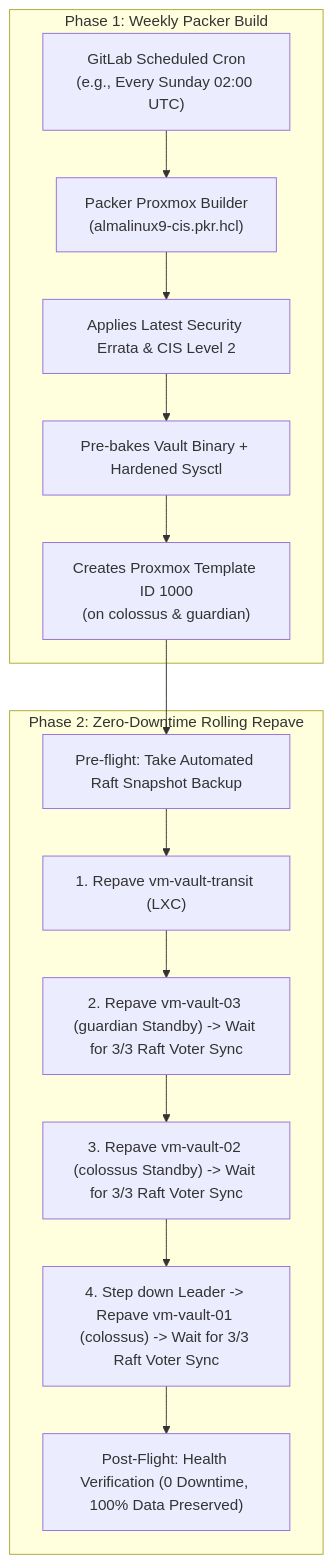
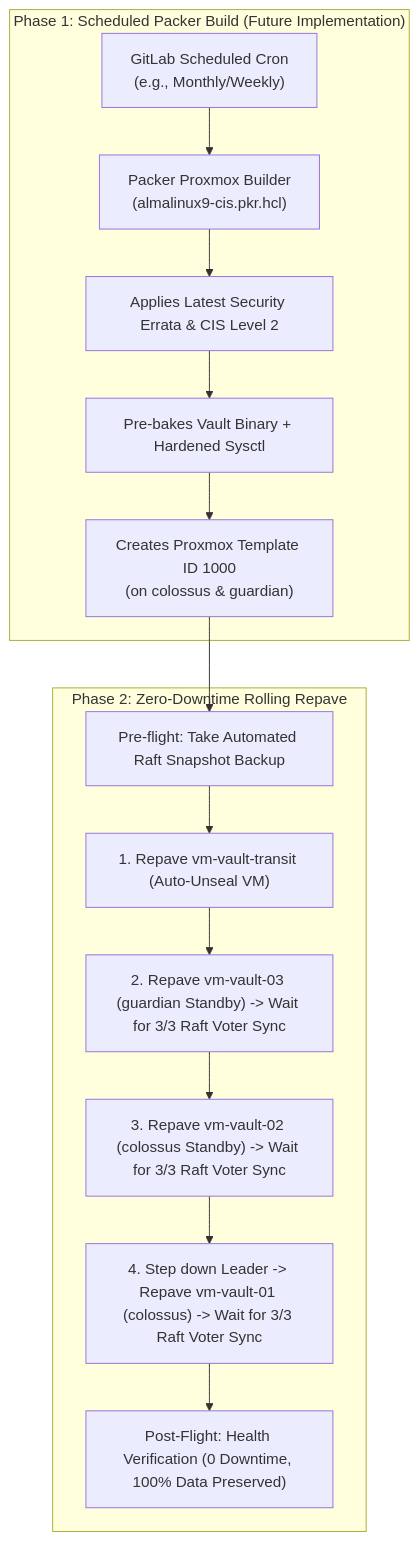
The diagram in docs/packer-repaving.md (antonj-code/vault-bootstrap), drawn with Mermaid before and after one commit. The commit also changed other lines of this file and 5 other files, not shown here.

Commit message:
docs: align all documentation with Transit VM architecture and note Packer pipeline as future project

````diff
--- a/docs/packer-repaving.md
+++ b/docs/packer-repaving.md
@@ -9,18 +12,18 @@
 ```mermaid
 flowchart TD
-    subgraph Phase_1["Phase 1: Weekly Packer Build"]
-        A["GitLab Scheduled Cron<br/>(e.g., Every Sunday 02:00 UTC)"] --> B["Packer Proxmox Builder<br/>(almalinux9-cis.pkr.hcl)"]
+    subgraph Phase_1["Phase 1: Scheduled Packer Build (Future Implementation)"]
+        A["GitLab Scheduled Cron<br/>(e.g., Monthly/Weekly)"] --> B["Packer Proxmox Builder<br/>(almalinux9-cis.pkr.hcl)"]
         B --> C["Applies Latest Security Errata & CIS Level 2"]
         C --> D["Pre-bakes Vault Binary + Hardened Sysctl"]
         D --> E["Creates Proxmox Template ID 1000<br/>(on colossus & guardian)"]
     end
 
     subgraph Phase_2["Phase 2: Zero-Downtime Rolling Repave"]
         E --> F["Pre-flight: Take Automated Raft Snapshot Backup"]
-        F --> G["1. Repave vm-vault-transit (LXC)"]
+        F --> G["1. Repave vm-vault-transit (Auto-Unseal VM)"]
         G --> H["2. Repave vm-vault-03 (guardian Standby) -> Wait for 3/3 Raft Voter Sync"]
         H --> I["3. Repave vm-vault-02 (colossus Standby) -> Wait for 3/3 Raft Voter Sync"]
         I --> J["4. Step down Leader -> Repave vm-vault-01 (colossus) -> Wait for 3/3 Raft Voter Sync"]
         J --> K["Post-Flight: Health Verification (0 Downtime, 100% Data Preserved)"]
     end
 ```
````
